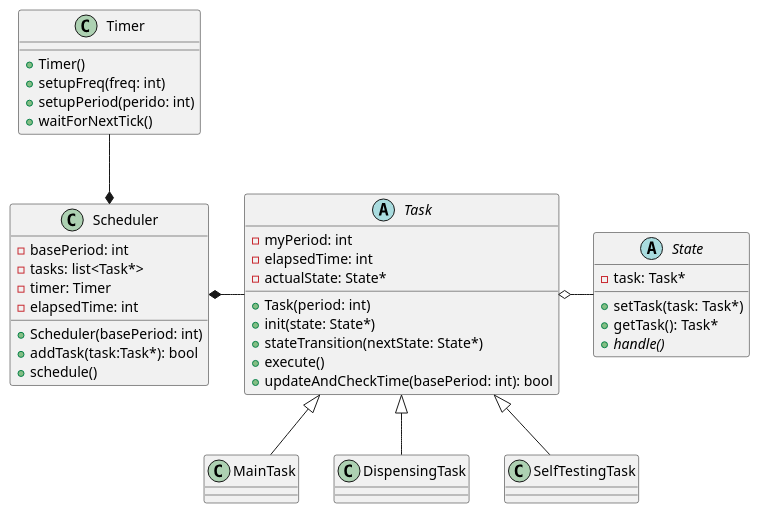
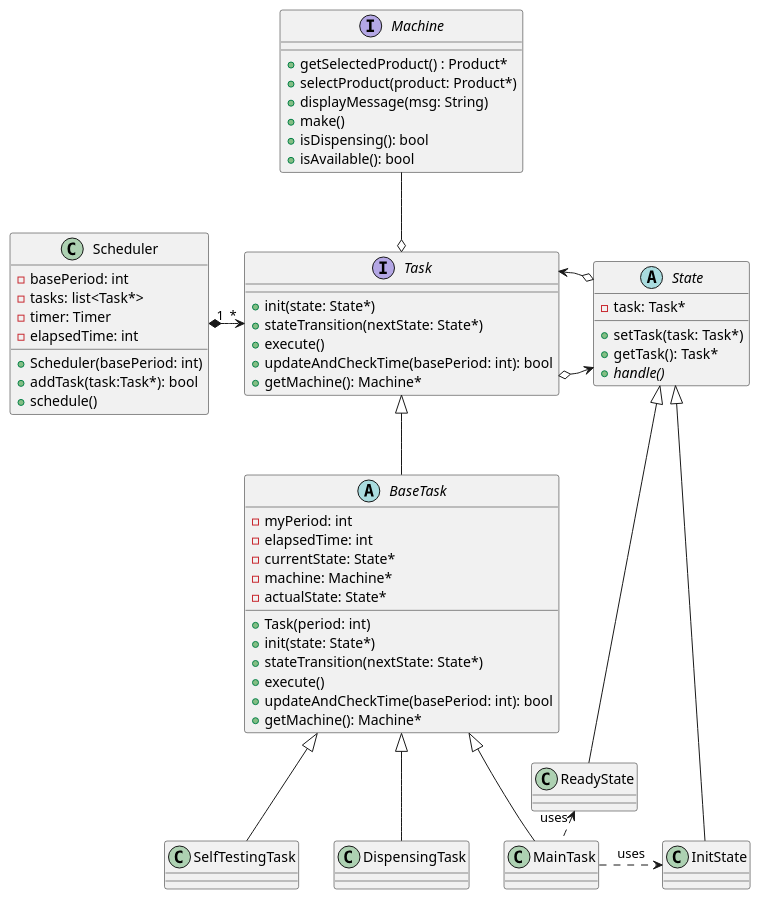
One commit to tassiLuca/smart-coffee-machine changed the diagram in docs/diagrams/src/class-diagram.wsd. Above: the diagram before and after it, drawn with PlantUML. The commit also changed 9 other files, not shown here.

```diff
--- a/docs/diagrams/src/class-diagram.wsd
+++ b/docs/diagrams/src/class-diagram.wsd
@@ -1,54 +1,80 @@
 @startuml class-diagram 
 
 class Scheduler {
     - basePeriod: int 
     - tasks: list<Task*>
     - timer: Timer
     - elapsedTime: int
     + Scheduler(basePeriod: int)
     + addTask(task:Task*): bool
     + schedule()
 }
 
-class Timer {
-    + Timer()
-    + setupFreq(freq: int)
-    + setupPeriod(perido: int)
-    + waitForNextTick()
+interface Task {
+    + init(state: State*)
+    + stateTransition(nextState: State*)
+    + execute()
+    + updateAndCheckTime(basePeriod: int): bool
+    + getMachine(): Machine*
 }
 
-Scheduler *-up- Timer
+Scheduler "1" *-right-> "*" Task
 
-abstract class Task {
+abstract class BaseTask {
     - myPeriod: int
     - elapsedTime: int
+    - currentState: State*
+    - machine: Machine*
     - actualState: State*
     + Task(period: int)
     + init(state: State*)
     + stateTransition(nextState: State*)
     + execute()
     + updateAndCheckTime(basePeriod: int): bool
+    + getMachine(): Machine*
 }
 
-Scheduler *-right- Task
+Task <|-- BaseTask
 
 class MainTask 
-Task <|-- MainTask
+BaseTask <|-- MainTask
 
 class DispensingTask
-Task <|-- DispensingTask
+BaseTask <|-- DispensingTask
 
 class SelfTestingTask
-Task <|-- SelfTestingTask
+BaseTask <|-- SelfTestingTask
 
 abstract class State {
     - task: Task*
     + setTask(task: Task*)
     + getTask(): Task*
     + {abstract} handle()
 }
 
-Task o-right- State
+Task o-right-> State
+State o-left-> Task
+
+class InitState { }
+class ReadyState { }
+
+State <|-- InitState
+State <|-- ReadyState
+
+MainTask -[dashed]right-> InitState : uses
+MainTask -[dashed]left-> ReadyState : uses
+
+
+interface Machine {
+    + getSelectedProduct() : Product*
+    + selectProduct(product: Product*)
+    + displayMessage(msg: String)
+    + make()
+    + isDispensing(): bool
+    + isAvailable(): bool
+}
+
+Machine --o Task
 
 
 @enduml
```
